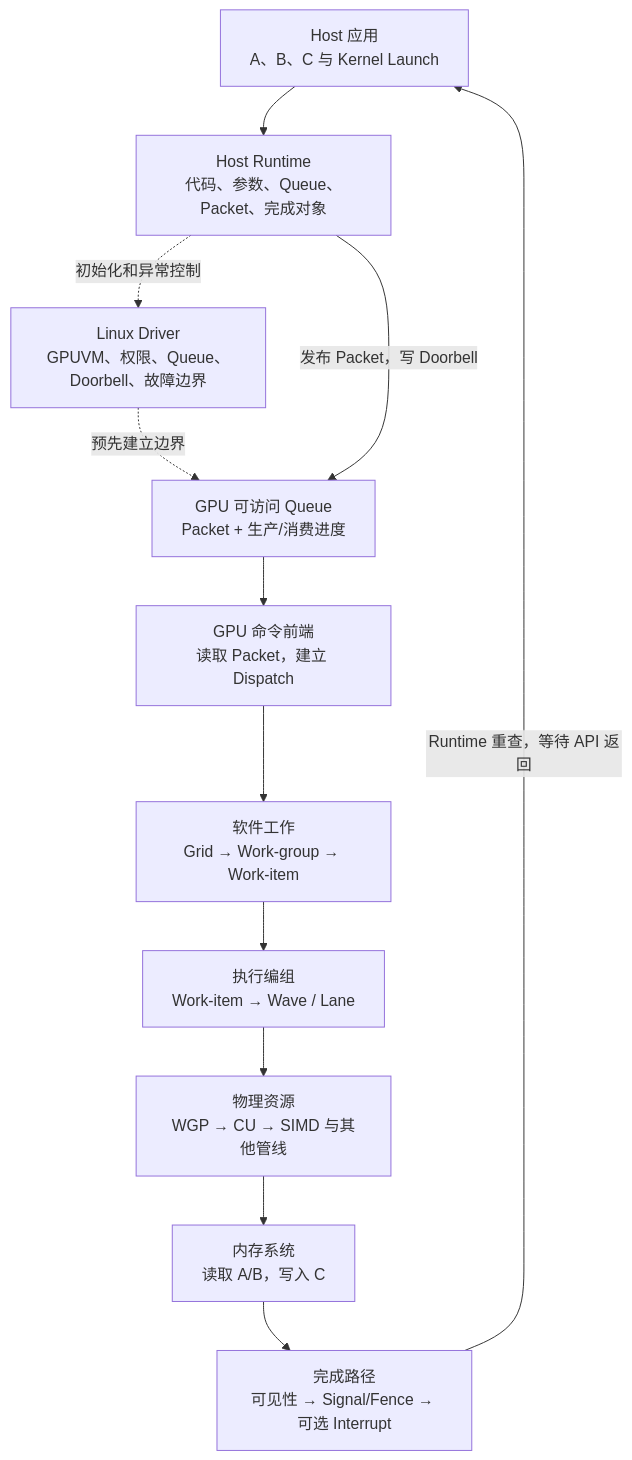
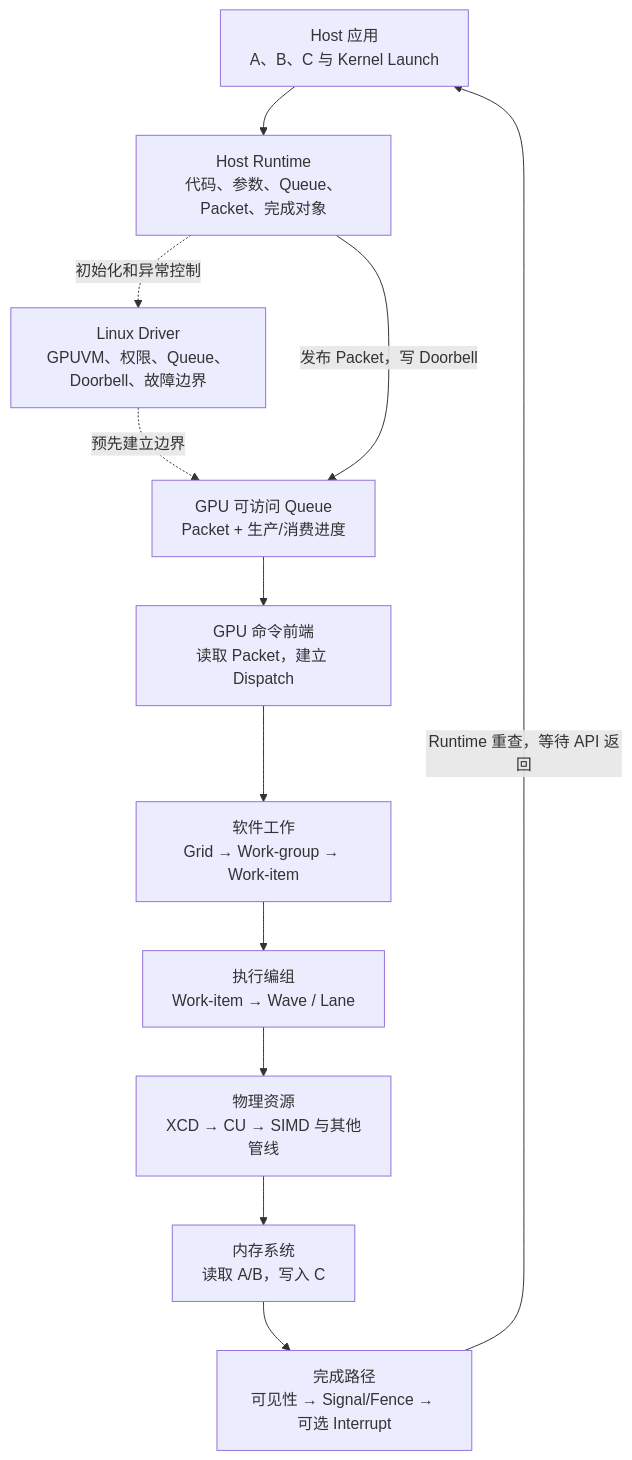
Before and after one commit to hxfei-git/gpu-study: the second of 8 diagrams in 00_GPU系统基础.md, drawn with Mermaid. The commit also changed other lines of this file and 6 other files, not shown here.

````diff
--- a/00_GPU系统基础.md
+++ b/00_GPU系统基础.md
@@ -281,25 +292,25 @@
 ```mermaid
 flowchart TB
     A["Host 应用<br/>A、B、C 与 Kernel Launch"]
     R["Host Runtime<br/>代码、参数、Queue、Packet、完成对象"]
     D["Linux Driver<br/>GPUVM、权限、Queue、Doorbell、故障边界"]
     Q["GPU 可访问 Queue<br/>Packet + 生产/消费进度"]
     F["GPU 命令前端<br/>读取 Packet，建立 Dispatch"]
     W["软件工作<br/>Grid → Work-group → Work-item"]
     E["执行编组<br/>Work-item → Wave / Lane"]
-    H["物理资源<br/>WGP → CU → SIMD 与其他管线"]
+    H["物理资源<br/>XCD → CU → SIMD 与其他管线"]
     M["内存系统<br/>读取 A/B，写入 C"]
     C["完成路径<br/>可见性 → Signal/Fence → 可选 Interrupt"]
 
     A --> R
     R -.->|"初始化和异常控制"| D
     D -.->|"预先建立边界"| Q
     R -->|"发布 Packet，写 Doorbell"| Q
     Q --> F
     F --> W
     W --> E
     E --> H
     H --> M
     M --> C
     C -->|"Runtime 重查，等待 API 返回"| A
 ```
````
